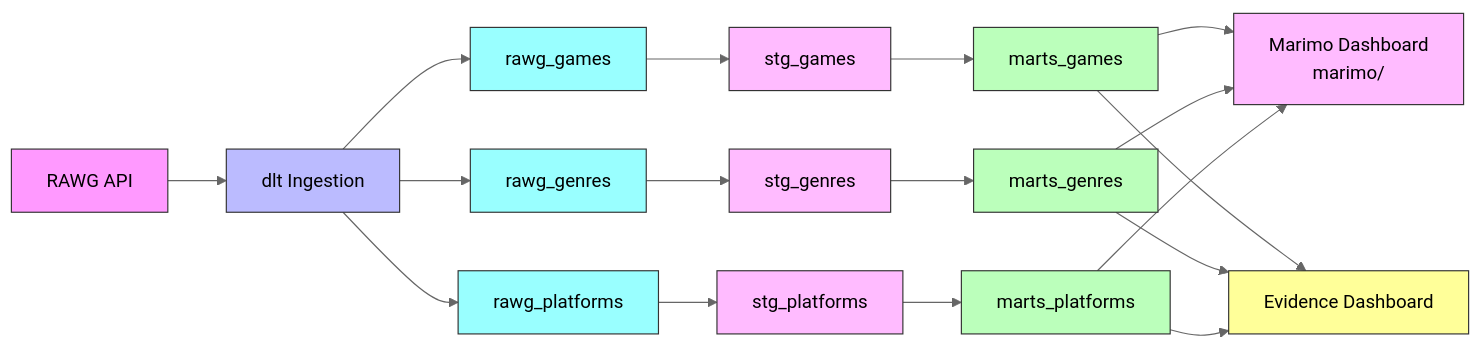
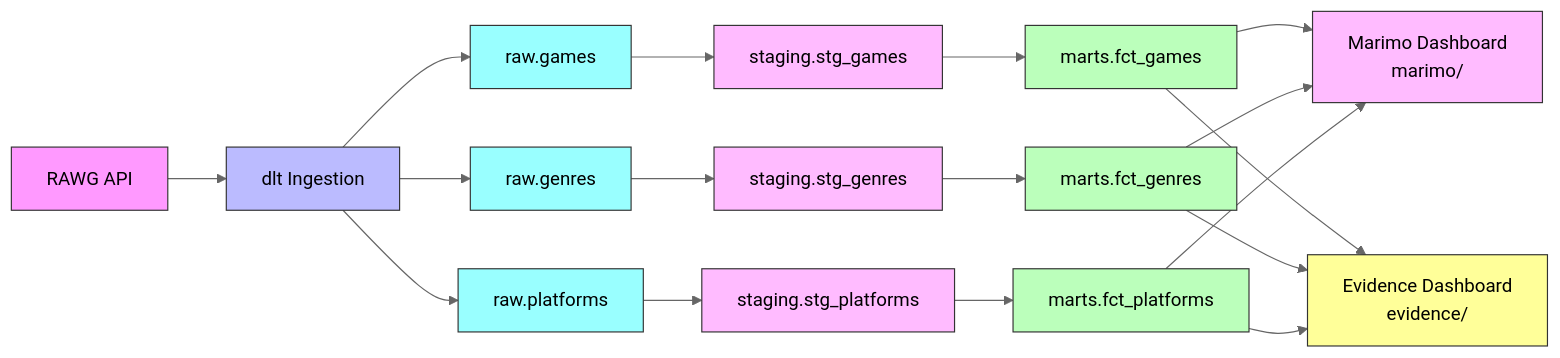
The first of 2 diagrams in docs/data-flow.md (mohamed-boughattas/gaming-analytics-pipeline), drawn with Mermaid (neutral theme) before and after one commit. The commit also changed other lines of this file and 2 other files, not shown here.

Commit message:
docs: update README, data-flow, and ADRs

````diff
--- a/docs/data-flow.md
+++ b/docs/data-flow.md
@@ -7,36 +7,36 @@
 ```mermaid
 graph LR
     A[RAWG API] --> B[dlt Ingestion]
-    B --> C[rawg_games]
-    B --> D[rawg_genres]
-    B --> E[rawg_platforms]
+    B --> C[raw.games]
+    B --> D[raw.genres]
+    B --> E[raw.platforms]
 
-    C --> F[stg_games]
-    D --> G[stg_genres]
-    E --> H[stg_platforms]
+    C --> F[staging.stg_games]
+    D --> G[staging.stg_genres]
+    E --> H[staging.stg_platforms]
 
-    F --> I[marts_games]
-    G --> J[marts_genres]
-    H --> K[marts_platforms]
+    F --> I[marts.fct_games]
+    G --> J[marts.fct_genres]
+    H --> K[marts.fct_platforms]
 
     I --> L[Marimo Dashboard<br/>marimo/]
-    I --> M[Evidence Dashboard]
     J --> L
+    K --> L
+    I --> M[Evidence Dashboard<br/>evidence/]
     J --> M
-    K --> L
     K --> M
 
     style A fill:#f9f,stroke:#333
     style B fill:#bbf,stroke:#333
     style C fill:#9ff,stroke:#333
     style D fill:#9ff,stroke:#333
     style E fill:#9ff,stroke:#333
     style F fill:#fbf,stroke:#333
     style G fill:#fbf,stroke:#333
     style H fill:#fbf,stroke:#333
     style I fill:#bfb,stroke:#333
     style J fill:#bfb,stroke:#333
     style K fill:#bfb,stroke:#333
     style L fill:#fbf,stroke:#333
     style M fill:#ff9,stroke:#333
 ```
````
